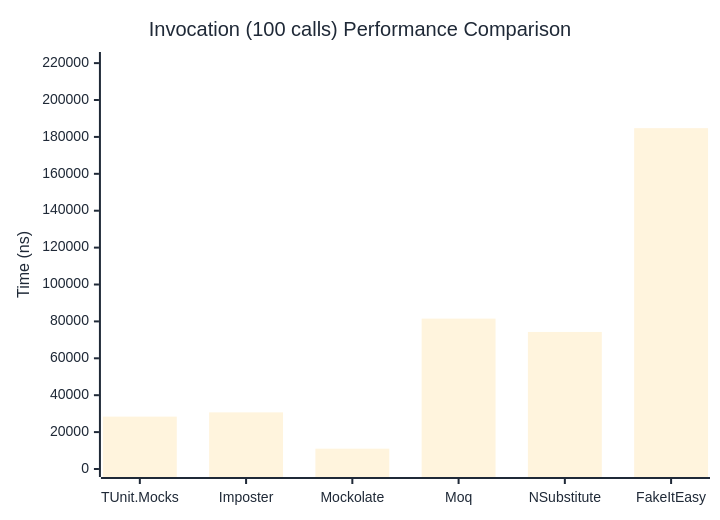
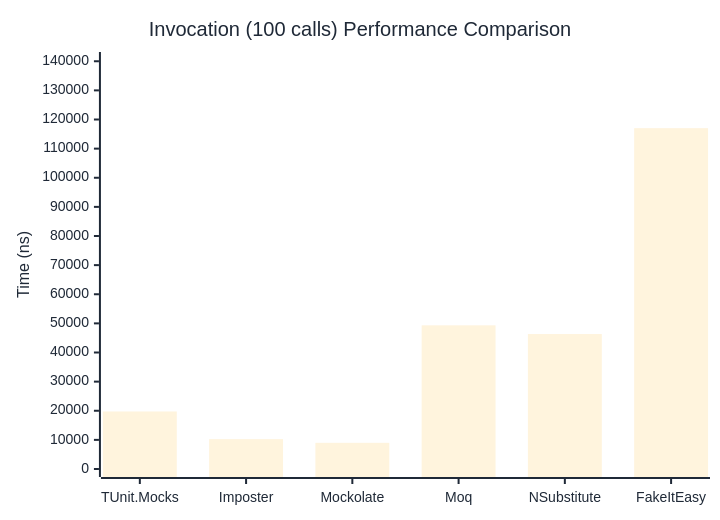
One commit to thomhurst/TUnit changed the third of 3 diagrams in docs/docs/benchmarks/mocks/Invocation.md. Above: the diagram before and after it, drawn with Mermaid. The commit also changed other lines of this file and 14 other files, not shown here.

````diff
--- a/docs/docs/benchmarks/mocks/Invocation.md
+++ b/docs/docs/benchmarks/mocks/Invocation.md
@@ -112,27 +112,27 @@
 ```mermaid
 %%{init: {
   'theme':'base',
   'themeVariables': {
     'primaryColor': '#2563eb',
     'primaryTextColor': '#1f2937',
     'primaryBorderColor': '#1e40af',
     'lineColor': '#6b7280',
     'secondaryColor': '#7c3aed',
     'tertiaryColor': '#dc2626',
     'background': '#ffffff',
     'pie1': '#2563eb',
     'pie2': '#7c3aed',
     'pie3': '#dc2626',
     'pie4': '#f59e0b',
     'pie5': '#10b981',
     'pie6': '#06b6d4',
     'pie7': '#ec4899',
     'pie8': '#6366f1'
   }
 }}%%
 xychart-beta
   title "Invocation (100 calls) Performance Comparison"
   x-axis ["TUnit.Mocks", "Imposter", "Mockolate", "Moq", "NSubstitute", "FakeItEasy"]
-  y-axis "Time (ns)" 0 --> 221692
-  bar [28386.83, 30696.62, 11010.2, 81516.95, 74277.06, 184742.6]
+  y-axis "Time (ns)" 0 --> 140431
+  bar [19754.04, 10259.62, 8989.01, 49331.31, 46336.55, 117025.79]
 ```
````
